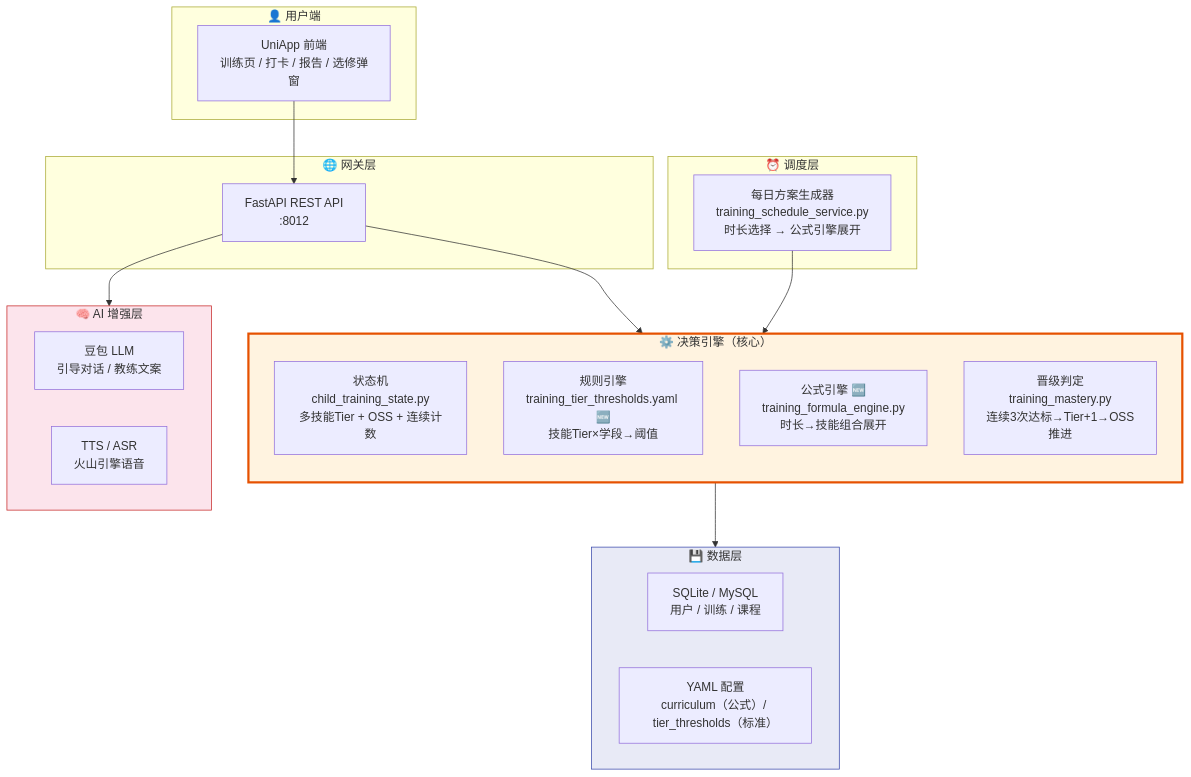
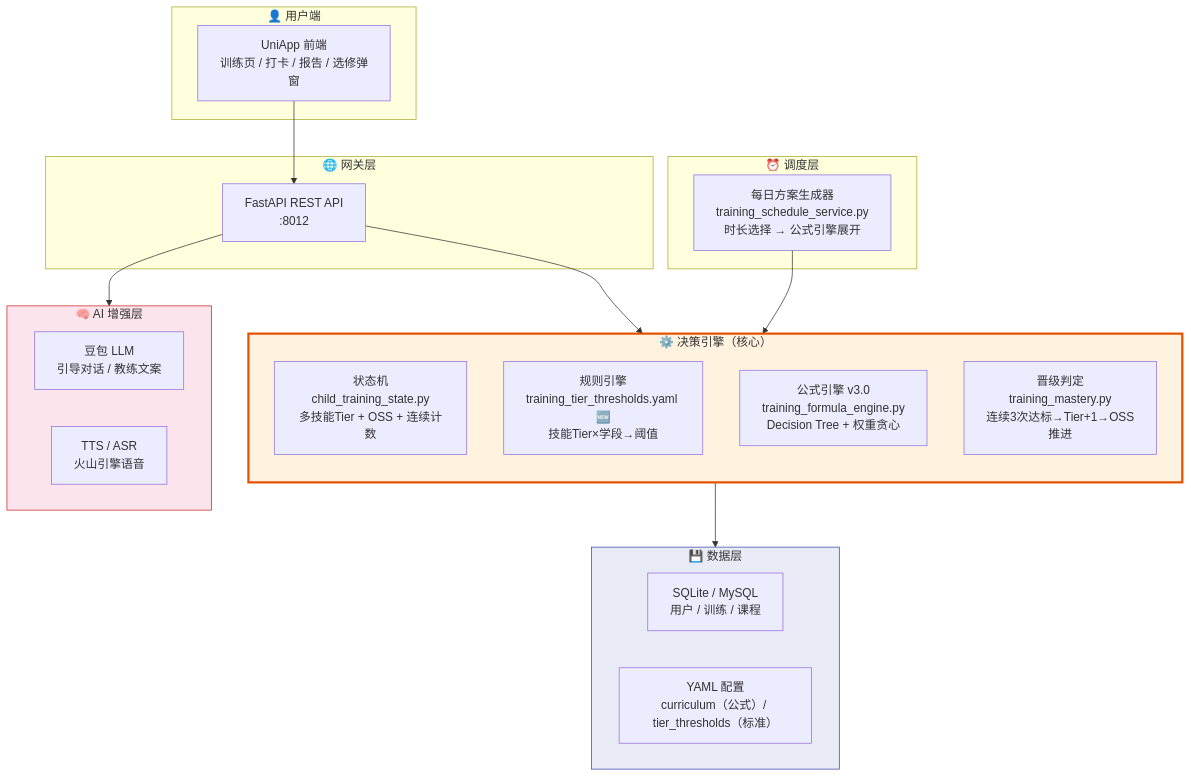
Before and after one commit to quppwork/Jnao_tianfu_daka: the eighth of 8 diagrams in docs/体系架构设计.md, drawn with Mermaid. The commit also changed other lines of this file and 15 other files, not shown here.

First line of the commit message:
feat: v3.0 Decision Tree + Strategy Pipeline 权重排课引擎

````diff
--- a/docs/体系架构设计.md
+++ b/docs/体系架构设计.md
@@ -586,42 +566,42 @@
 ```mermaid
 graph TB
     subgraph USER["👤 用户端"]
         APP["UniApp 前端<br/>训练页 / 打卡 / 报告 / 选修弹窗"]
     end
 
     subgraph GATEWAY["🌐 网关层"]
         API["FastAPI REST API<br/>:8012"]
     end
 
     subgraph SCHEDULER["⏰ 调度层"]
         GEN["每日方案生成器<br/>training_schedule_service.py<br/>时长选择 → 公式引擎展开"]
     end
 
     subgraph ENGINE["⚙️ 决策引擎（核心）"]
         direction TB
         SM2["状态机<br/>child_training_state.py<br/>多技能Tier + OSS + 连续计数"]
         RE2["规则引擎<br/>training_tier_thresholds.yaml 🆕<br/>技能Tier×学段→阈值"]
-        FM["公式引擎 🆕<br/>training_formula_engine.py<br/>时长→技能组合展开"]
+        FM["公式引擎 v3.0<br/>training_formula_engine.py<br/>Decision Tree + 权重贪心"]
         MS["晋级判定<br/>training_mastery.py<br/>连续3次达标→Tier+1→OSS推进"]
     end
 
     subgraph STORAGE["💾 数据层"]
         DB2["SQLite / MySQL<br/>用户 / 训练 / 课程"]
         YML["YAML 配置<br/>curriculum（公式）/ tier_thresholds（标准）"]
     end
 
     subgraph AI["🧠 AI 增强层"]
         DOUBAO["豆包 LLM<br/>引导对话 / 教练文案"]
         TTS["TTS / ASR<br/>火山引擎语音"]
     end
 
     APP --> API
     API --> ENGINE
     GEN --> ENGINE
     ENGINE --> STORAGE
     API --> AI
 
     style ENGINE fill:#fff3e0,stroke:#e65100,stroke-width:3px
     style STORAGE fill:#e8eaf6,stroke:#3949ab
     style AI fill:#fce4ec,stroke:#c62828
 ```
````
